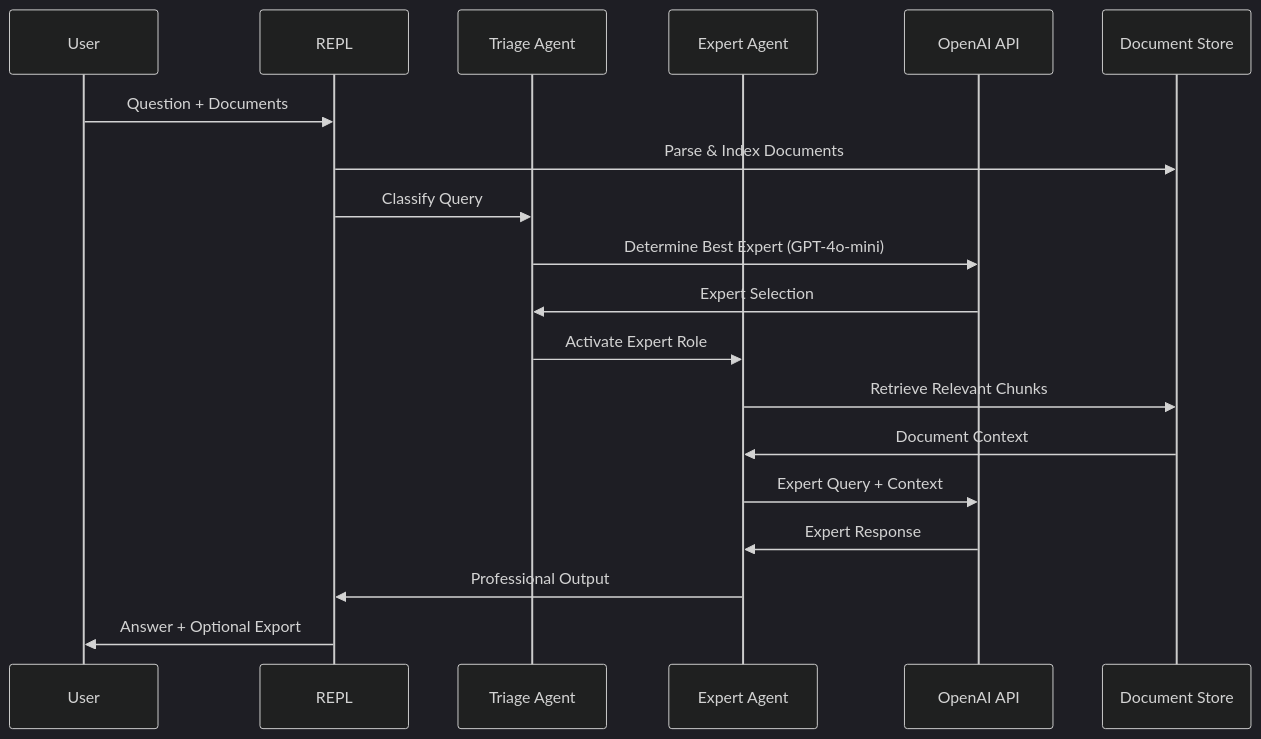
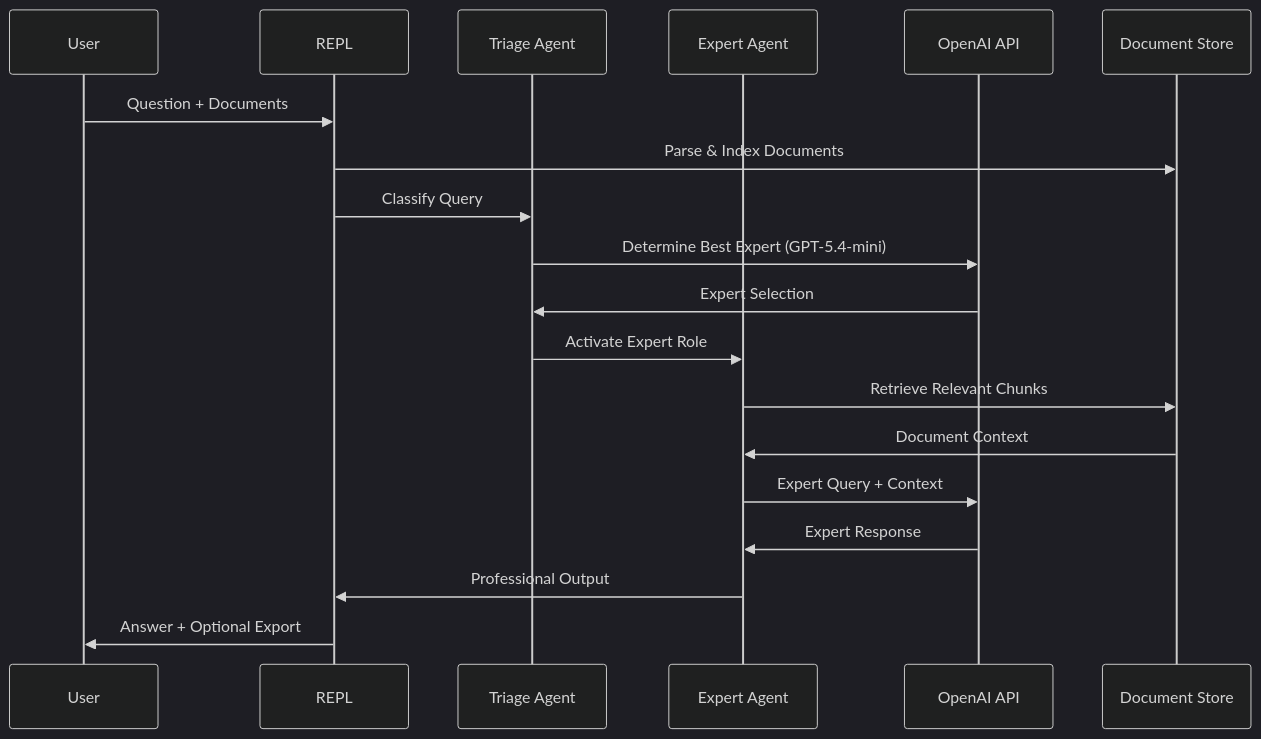
One commit to marcelrgberger/openai-cli changed the second of 5 diagrams in docs/USER_GUIDE.md. Above: the diagram before and after it, drawn with Mermaid (dark theme). The commit also changed other lines of this file and 1 other file, not shown here.

Commit message:
Update docs to askapro-cli with 85+ roles and GPT-5.4 defaults

````diff
--- a/docs/USER_GUIDE.md
+++ b/docs/USER_GUIDE.md
@@ -110,22 +110,22 @@
 ```mermaid
 sequenceDiagram
     participant U as User
     participant R as REPL
     participant T as Triage Agent
     participant E as Expert Agent
     participant O as OpenAI API
     participant D as Document Store
 
     U->>R: Question + Documents
     R->>D: Parse & Index Documents
     R->>T: Classify Query
-    T->>O: Determine Best Expert (GPT-4o-mini)
+    T->>O: Determine Best Expert (GPT-5.4-mini)
     O->>T: Expert Selection
     T->>E: Activate Expert Role
     E->>D: Retrieve Relevant Chunks
     D->>E: Document Context
     E->>O: Expert Query + Context
     O->>E: Expert Response
     E->>R: Professional Output
     R->>U: Answer + Optional Export
 ```
````
